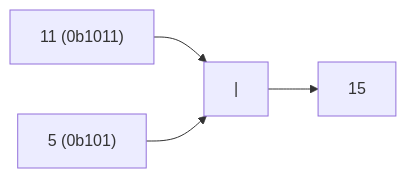
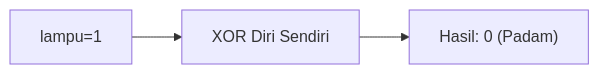
Before and after one commit to amnahwaida/OSNK_INF_PREP: diagram 14 of 25 in part-c-pemahaman-cpp/06-bitwise/latihan/set-03.md, drawn with Mermaid. The commit also changed other lines of this file and 71 other files, not shown here.

````diff
--- a/part-c-pemahaman-cpp/06-bitwise/latihan/set-03.md
+++ b/part-c-pemahaman-cpp/06-bitwise/latihan/set-03.md
@@ -365,6 +373,5 @@
 ```mermaid
 graph LR
-A["11 (0b1011)"] --> C["|"]
-B["5 (0b101)"] --> C
-C --> D["15"]
+A["lampu=1"] --> B["XOR Diri Sendiri"]
+B --> C["Hasil: 0 (Padam)"]
 ```
````
